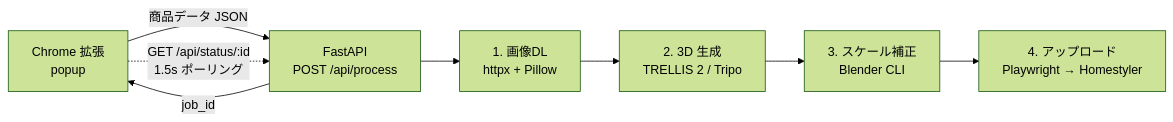
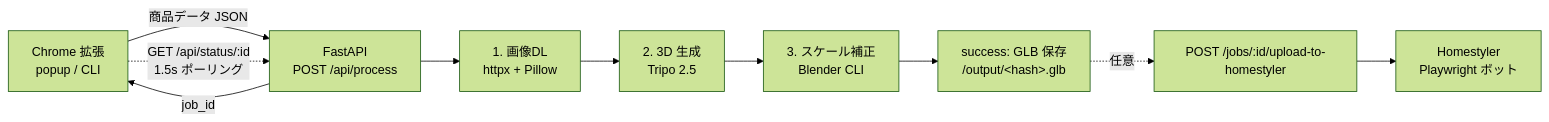
One commit to 5newold111/Uni-talot changed the diagram in README.md. Above: the diagram before and after it, drawn with Mermaid (forest theme). The commit also changed other lines of this file and 12 other files, not shown here.

````diff
--- a/README.md
+++ b/README.md
@@ -21,10 +21,12 @@
 ```mermaid
 flowchart LR
-    A[Chrome 拡張<br>popup] -->|商品データ JSON| B[FastAPI<br>POST /api/process]
+    A[Chrome 拡張<br>popup / CLI] -->|商品データ JSON| B[FastAPI<br>POST /api/process]
     B -->|job_id| A
     A -.->|GET /api/status/:id<br>1.5s ポーリング| B
     B --> C[1. 画像DL<br>httpx + Pillow]
-    C --> D[2. 3D 生成<br>TRELLIS 2 / Tripo]
+    C --> D[2. 3D 生成<br>Tripo 2.5]
     D --> E[3. スケール補正<br>Blender CLI]
-    E --> F[4. アップロード<br>Playwright → Homestyler]
+    E --> Z[success: GLB 保存<br>/output/&lt;hash&gt;.glb]
+    Z -.->|任意| H[POST /jobs/:id/upload-to-homestyler]
+    H --> I[Homestyler<br>Playwright ボット]
 ```
````
